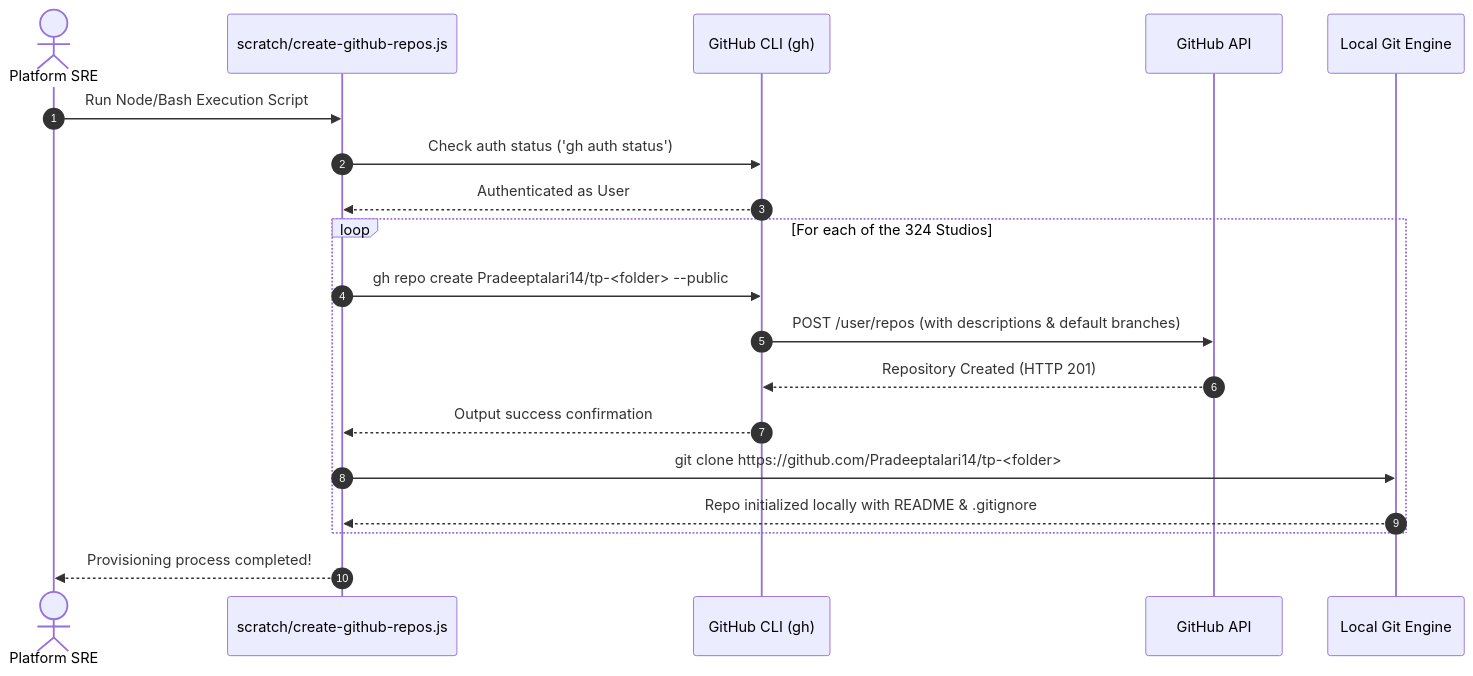
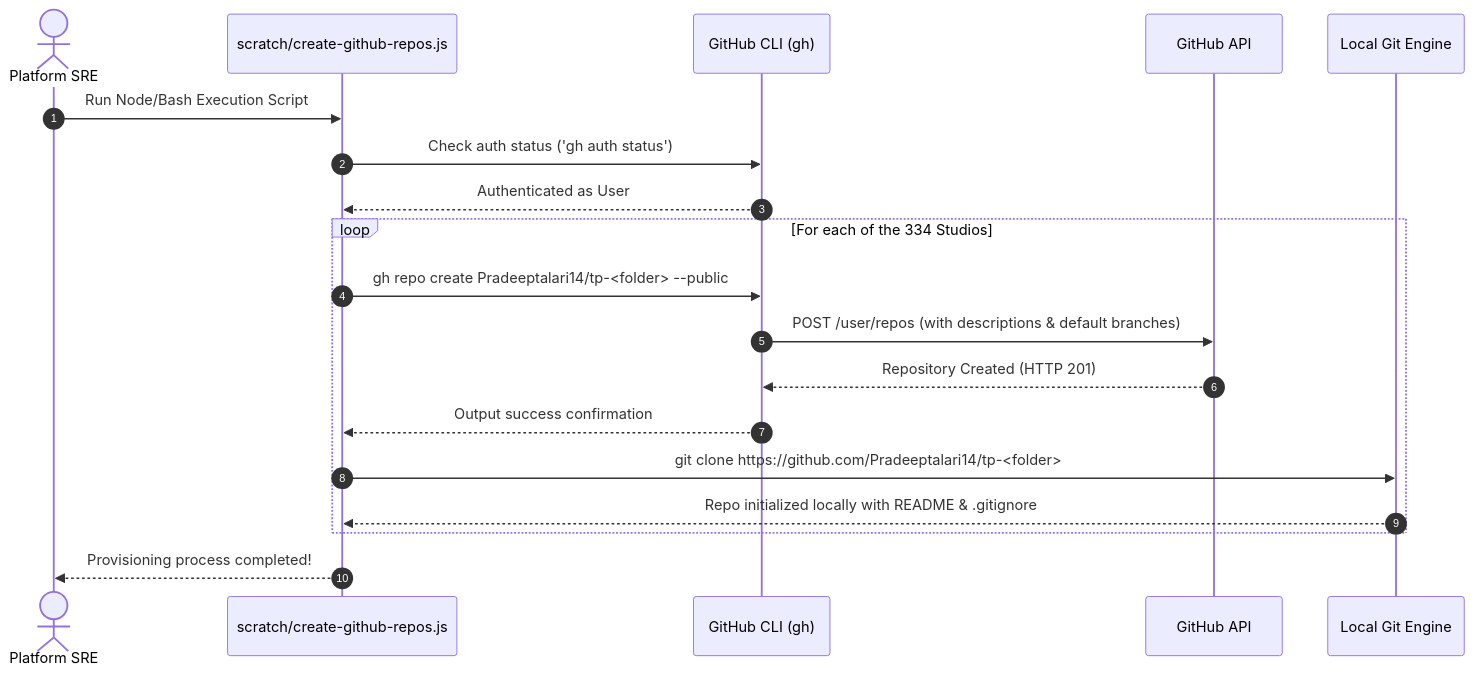
One commit to Pradeeptalari14/portfolio changed the first of 2 diagrams in GITHUB_PROVISIONING_GUIDE.md. Above: the diagram before and after it, drawn with Mermaid. The commit also changed other lines of this file and 1037 other files, not shown here.

Commit message:
feat: expand portfolio to 334 studios with HD architecture flows & infra/software tech stacks

````diff
--- a/GITHUB_PROVISIONING_GUIDE.md
+++ b/GITHUB_PROVISIONING_GUIDE.md
@@ -25,22 +25,22 @@
 ```mermaid
 sequenceDiagram
     autonumber
     actor Engineer as Platform SRE
     participant Script as scratch/create-github-repos.js
     participant gh as GitHub CLI (gh)
     participant API as GitHub API
     participant Git as Local Git Engine
 
     Engineer->>Script: Run Node/Bash Execution Script
     Script->>gh: Check auth status ('gh auth status')
     gh-->>Script: Authenticated as User
-    loop For each of the 324 Studios
+    loop For each of the 334 Studios
         Script->>gh: gh repo create Pradeeptalari14/tp-<folder> --public
         gh->>API: POST /user/repos (with descriptions & default branches)
         API-->>gh: Repository Created (HTTP 201)
         gh-->>Script: Output success confirmation
         Script->>Git: git clone https://github.com/Pradeeptalari14/tp-<folder>
         Git-->>Script: Repo initialized locally with README & .gitignore
     end
     Script-->>Engineer: Provisioning process completed!
 ```
````
